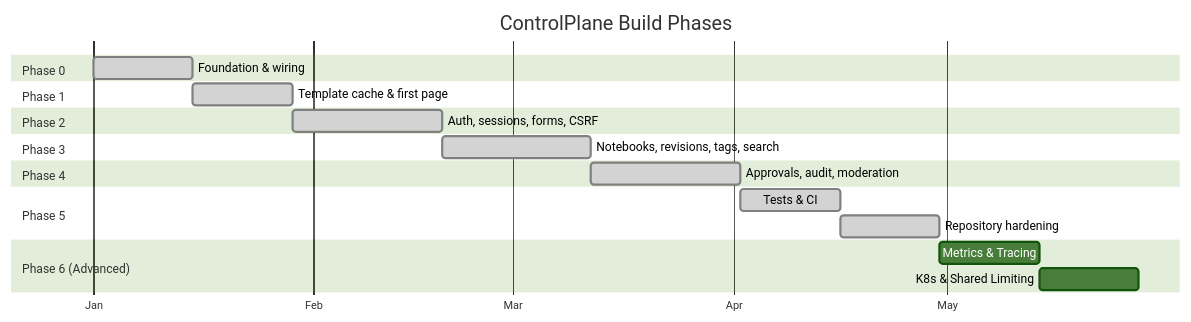
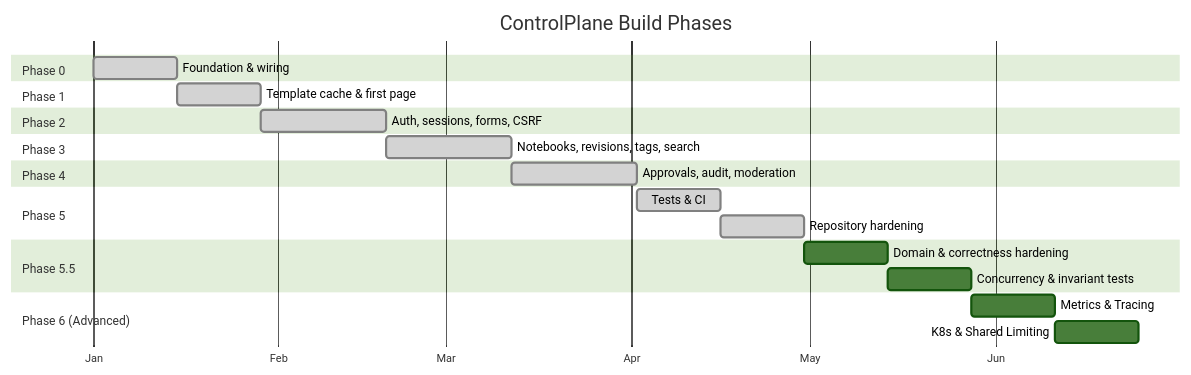
One commit to SShogun/ControlPlane changed the third of 3 diagrams in README.md. Above: the diagram before and after it, drawn with Mermaid (forest theme). The commit also changed other lines of this file, not shown here.

Commit message:
docs: add Phase 5.5 correctness hardening roadmap

````diff
--- a/README.md
+++ b/README.md
@@ -573,29 +573,33 @@
 ```mermaid
 gantt
     title ControlPlane Build Phases
     dateFormat  YYYY-MM-DD
     axisFormat  %b
 
     section Phase 0
     Foundation & wiring                :done, p0, 2026-01-01, 14d
 
     section Phase 1
     Template cache & first page        :done, p1, after p0, 14d
 
     section Phase 2
     Auth, sessions, forms, CSRF        :done, p2, after p1, 21d
 
     section Phase 3
     Notebooks, revisions, tags, search :done, p3, after p2, 21d
 
     section Phase 4
     Approvals, audit, moderation       :done, p4, after p3, 21d
 
     section Phase 5
     Tests & CI                         :done, p5, after p4, 14d
     Repository hardening               :done, p5b, after p5, 14d
 
+    section Phase 5.5
+    Domain & correctness hardening     :        p55a, after p5b, 14d
+    Concurrency & invariant tests      :        p55b, after p55a, 14d
+
     section Phase 6 (Advanced)
-    Metrics & Tracing                  :        p6a, after p5b, 14d
+    Metrics & Tracing                  :        p6a, after p55b, 14d
     K8s & Shared Limiting              :        p6b, after p6a, 14d
 ```
````
